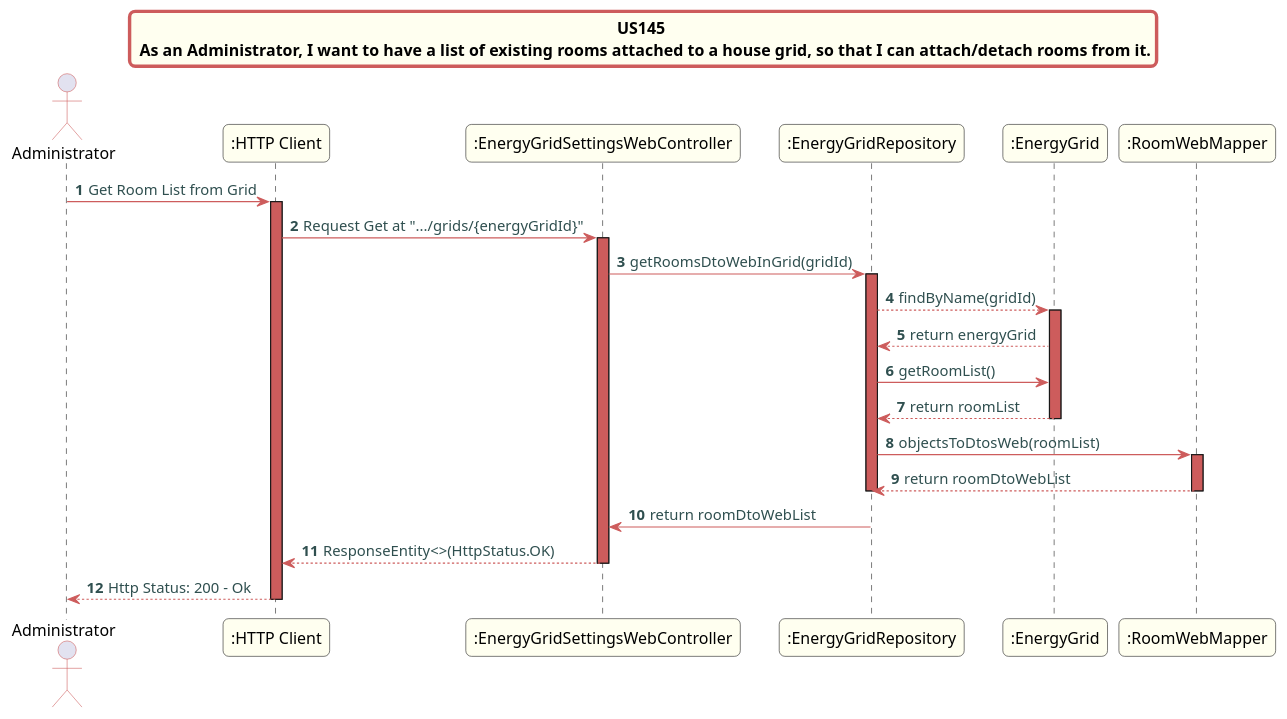
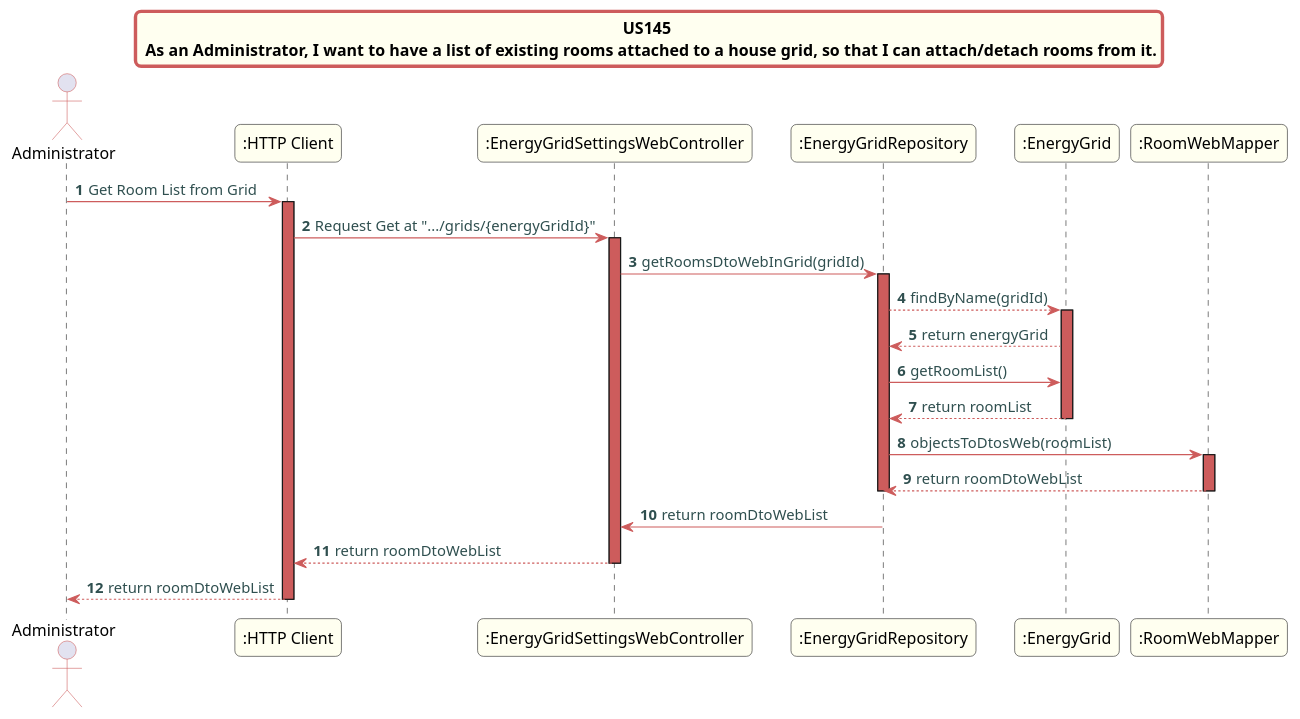
Before and after one commit to Almadanmp/project: the diagram in src/doc/WEB_Controllers/EnergyGridSettings/US145/US145_sd_EnergyGridSettingsWebController.puml, drawn with PlantUML. The commit also changed 2 other files, not shown here.

Commit message:
REF #344 REF #345 - UML Corrections and deleted comments

```diff
--- a/src/doc/WEB_Controllers/EnergyGridSettings/US145/US145_sd_EnergyGridSettingsWebController.puml
+++ b/src/doc/WEB_Controllers/EnergyGridSettings/US145/US145_sd_EnergyGridSettingsWebController.puml
@@ -1,50 +1,50 @@
 @startuml
 skinparam titleBorderRoundCorner 10
 skinparam titleBorderThickness 3
 skinparam titleBorderColor indianred
 skinparam titleBackgroundColor ivory
 skinparam FontName quicksand
 
 skinparam actor {
  	BorderColor indianred
  	}
 
  skinparam sequence {
  	LifeLineBackgroundColor indianred
  	ParticipantBackgroundColor ivory
  }
 
  skinparam roundcorner 10
 
  skinparam component {
    arrowThickness 1
    ArrowFontName Verdana
    ArrowColor indianred
    ArrowFontColor darkslategrey
  }
 title US145 \n As an Administrator, I want to have a list of existing rooms attached to a house grid, so that I can attach/detach rooms from it.
 autonumber
 actor "Administrator"
 "Administrator" -> ":HTTP Client":  Get Room List from Grid
 activate ":HTTP Client"
 ":HTTP Client" -> ":EnergyGridSettingsWebController":  Request Get at ".../grids/{energyGridId}"
 activate ":EnergyGridSettingsWebController"
 ":EnergyGridSettingsWebController" -> ":EnergyGridRepository": getRoomsDtoWebInGrid(gridId)
 activate ":EnergyGridRepository"
 ":EnergyGridRepository" --> ":EnergyGrid": findByName(gridId)
 activate ":EnergyGrid"
 ":EnergyGrid" --> ":EnergyGridRepository": return energyGrid
 ":EnergyGridRepository" -> ":EnergyGrid": getRoomList()
 ":EnergyGrid" --> ":EnergyGridRepository" : return roomList
 deactivate ":EnergyGrid"
 ":EnergyGridRepository" -> ":RoomWebMapper": objectsToDtosWeb(roomList)
 activate ":RoomWebMapper"
 ":RoomWebMapper" --> ":EnergyGridRepository" : return roomDtoWebList
 deactivate ":RoomWebMapper"
 deactivate ":EnergyGridRepository"
 ":EnergyGridRepository" -> ":EnergyGridSettingsWebController" : return roomDtoWebList
-":EnergyGridSettingsWebController" --> ":HTTP Client": ResponseEntity<>(HttpStatus.OK)
+":EnergyGridSettingsWebController" --> ":HTTP Client": return roomDtoWebList
 deactivate ":EnergyGridSettingsWebController"
-":HTTP Client" --> "Administrator": Http Status: 200 - Ok
+":HTTP Client" --> "Administrator": return roomDtoWebList
 deactivate ":HTTP Client"
 @enduml
```
